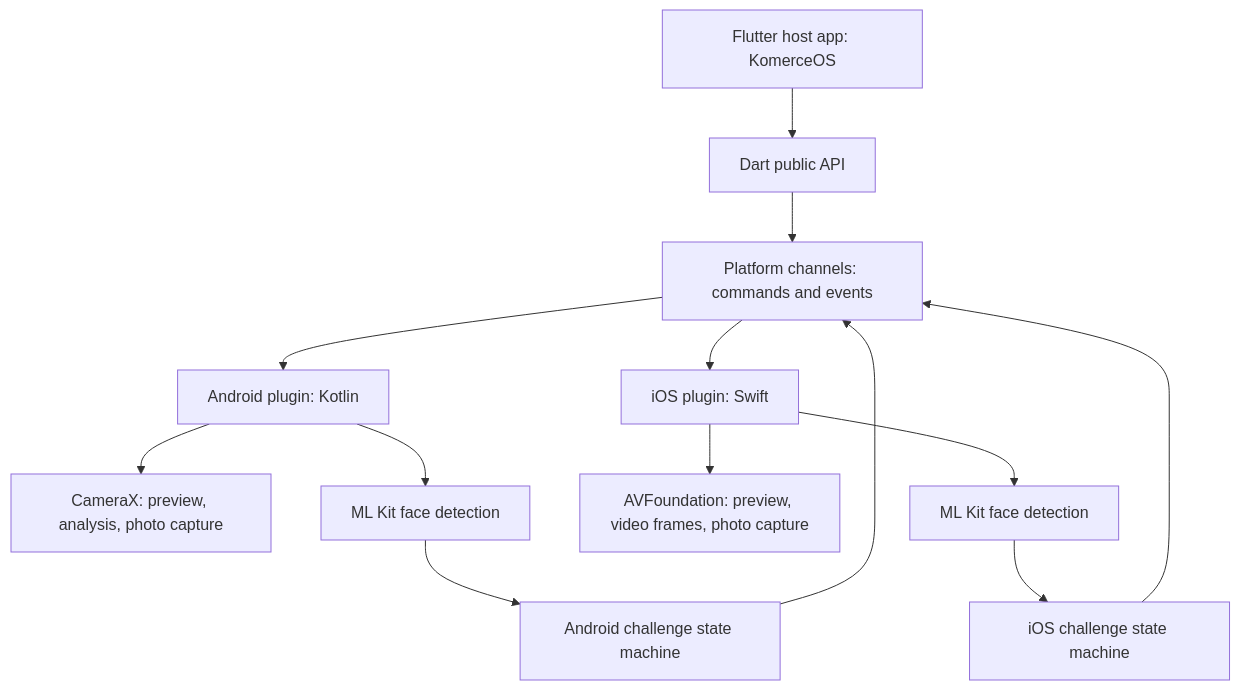
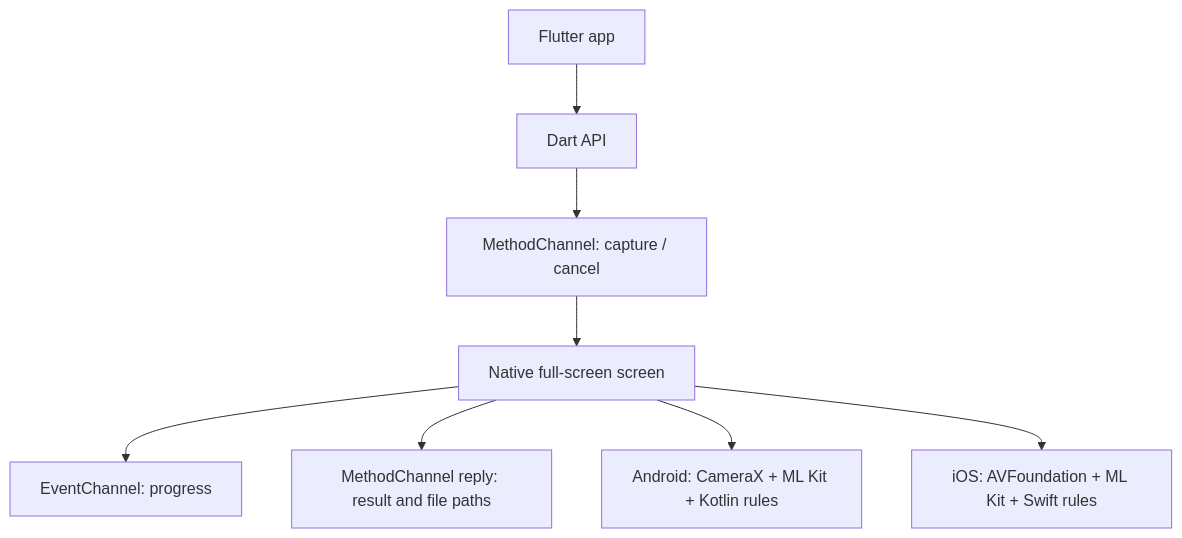
One commit to nunutech40/flutter-liveness-sdk changed the diagram in README.md. Above: the diagram before and after it, drawn with Mermaid. The commit also changed other lines of this file and 93 other files, not shown here.

Commit message:
Implement Android and iOS Flutter liveness plugin

````diff
--- a/README.md
+++ b/README.md
@@ -94,15 +93,10 @@
 ```mermaid
 flowchart TB
-    App[Flutter host app: KomerceOS] --> API[Dart public API]
-    API --> Bridge[Platform channels: commands and events]
-    Bridge --> Android[Android plugin: Kotlin]
-    Bridge --> IOS[iOS plugin: Swift]
-    Android --> ACam[CameraX: preview, analysis, photo capture]
-    Android --> AFace[ML Kit face detection]
-    IOS --> ICam[AVFoundation: preview, video frames, photo capture]
-    IOS --> IFace[ML Kit face detection]
-    AFace --> ARules[Android challenge state machine]
-    IFace --> IRules[iOS challenge state machine]
-    ARules --> Bridge
-    IRules --> Bridge
+    App[Flutter app] --> Dart[Dart API]
+    Dart --> Commands[MethodChannel: capture / cancel]
+    Native[Native full-screen screen] --> Events[EventChannel: progress]
+    Native --> Result[MethodChannel reply: result and file paths]
+    Commands --> Native
+    Native --> Android[Android: CameraX + ML Kit + Kotlin rules]
+    Native --> IOS[iOS: AVFoundation + ML Kit + Swift rules]
 ```
````
